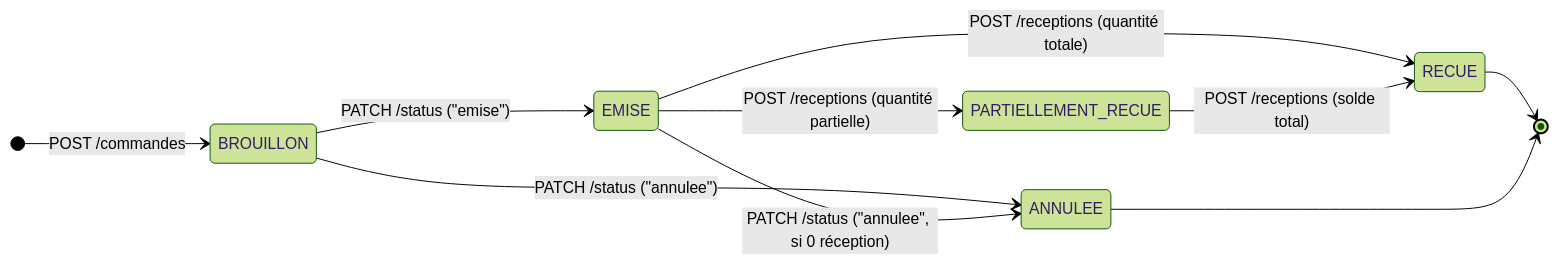
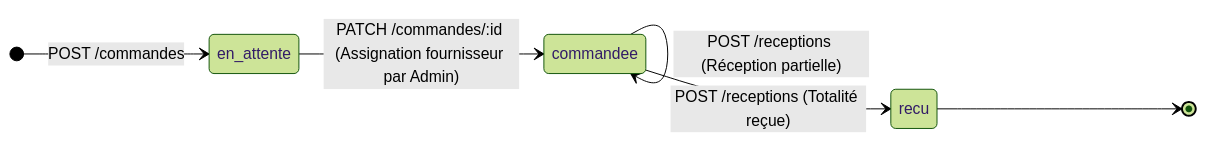
Before and after one commit to Nfamoussacamara/Kouma-acedemy: the second of 2 diagrams in docs/GUIDE_INTEGRATION_FRONTEND_PANNE_COMMANDE.md, drawn with Mermaid (forest theme). The commit also changed other lines of this file and 32 other files, not shown here.

````diff
--- a/docs/GUIDE_INTEGRATION_FRONTEND_PANNE_COMMANDE.md
+++ b/docs/GUIDE_INTEGRATION_FRONTEND_PANNE_COMMANDE.md
@@ -77,13 +79,9 @@
 ```mermaid
 stateDiagram-v2
     direction LR
-    [*] --> BROUILLON : POST /commandes
-    BROUILLON --> EMISE : PATCH /status ("emise")
-    BROUILLON --> ANNULEE : PATCH /status ("annulee")
-    EMISE --> ANNULEE : PATCH /status ("annulee", si 0 réception)
-    EMISE --> PARTIELLEMENT_RECUE : POST /receptions (quantité partielle)
-    EMISE --> RECUE : POST /receptions (quantité totale)
-    PARTIELLEMENT_RECUE --> RECUE : POST /receptions (solde total)
-    RECUE --> [*]
-    ANNULEE --> [*]
+    [*] --> en_attente : POST /commandes
+    en_attente --> commandee : PATCH /commandes/:id (Assignation fournisseur par Admin)
+    commandee --> commandee : POST /receptions (Réception partielle)
+    commandee --> recu : POST /receptions (Totalité reçue)
+    recu --> [*]
 ```
````
